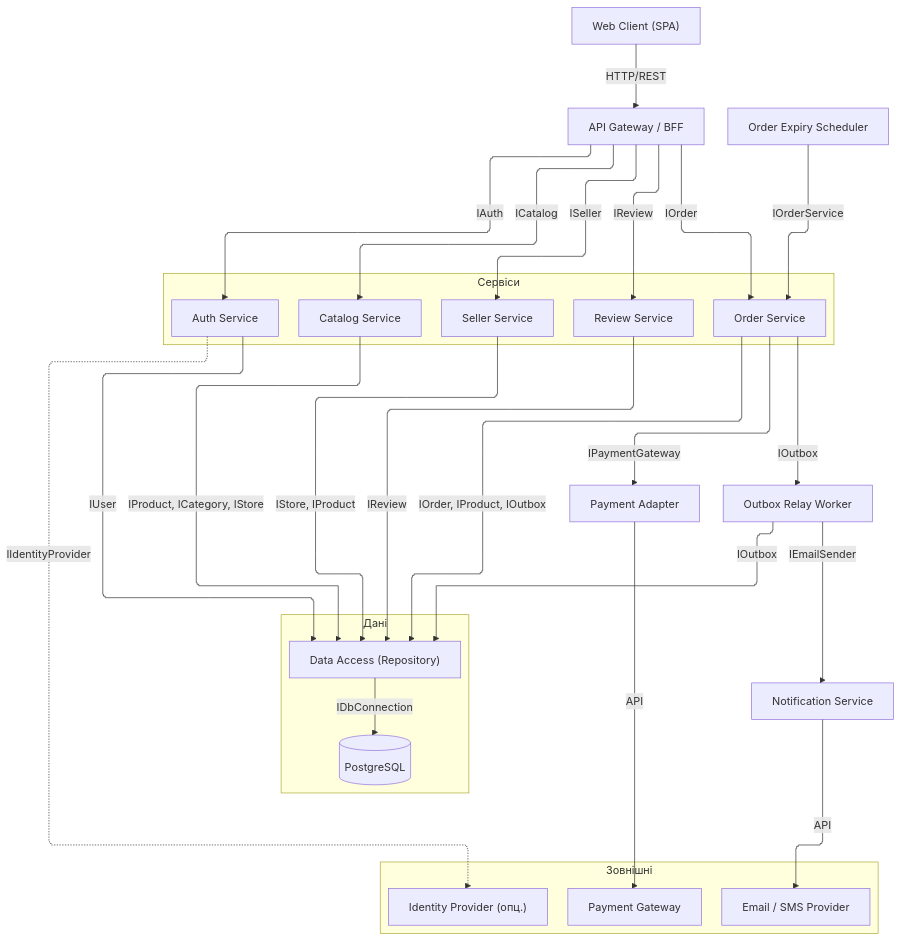
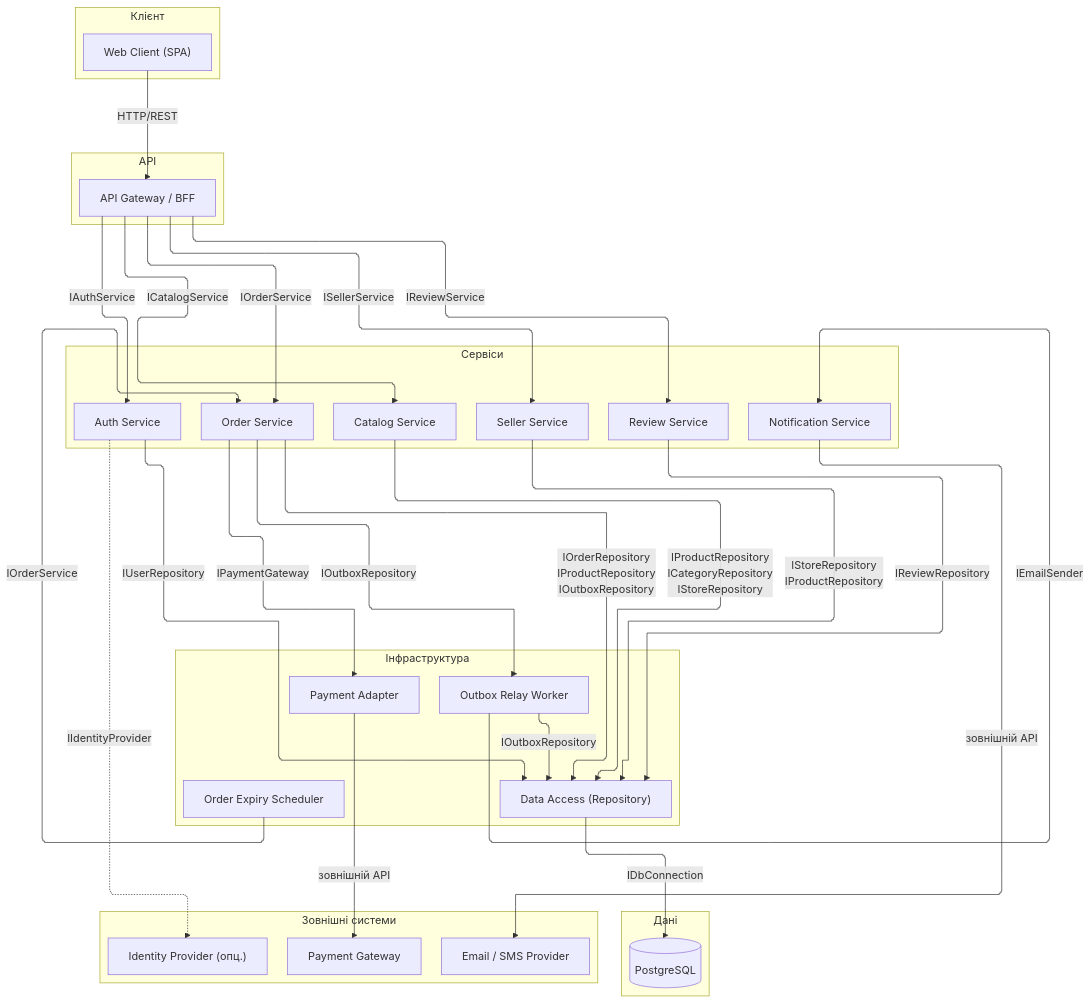
The diagram in task-5/component.md (Stefect/Modeling-and-Analysis-of-Software-Requirements), drawn with Mermaid before and after one commit. The commit also changed other lines of this file, not shown here.

Commit message:
refactor: БД окремим підграфом, повні мітки інтерфейсів з <br>

````diff
--- a/task-5/component.md
+++ b/task-5/component.md
@@ -9,59 +9,78 @@
 ```mermaid
-%%{init: {"flowchart": {"defaultRenderer": "elk", "curve": "step", "nodeSpacing": 40, "rankSpacing": 50}}}%%
+%%{init: {"flowchart": {"defaultRenderer": "elk", "curve": "step", "nodeSpacing": 40, "rankSpacing": 60}}}%%
 flowchart TB
-    %% --- Клієнт та API ---
-    WebClient["Web Client (SPA)"] -->|HTTP/REST| Gateway["API Gateway / BFF"]
+    %% --- Клієнт ---
+    subgraph Client["Клієнт"]
+        WebClient["Web Client (SPA)"]
+    end
 
-    %% --- Центральна бізнес-логіка (Сервіси) ---
-    subgraph Сервіси
+    %% --- API ---
+    subgraph API["API"]
+        Gateway["API Gateway / BFF"]
+    end
+
+    %% --- Прикладні сервіси ---
+    subgraph Services["Сервіси"]
         AuthService["Auth Service"]
         CatalogService["Catalog Service"]
         SellerService["Seller Service"]
         OrderService["Order Service"]
         ReviewService["Review Service"]
+        NotificationService["Notification Service"]
     end
 
-    Gateway -->|IAuth| AuthService
-    Gateway -->|ICatalog| CatalogService
-    Gateway -->|ISeller| SellerService
-    Gateway -->|IOrder| OrderService
-    Gateway -->|IReview| ReviewService
+    %% --- Інфраструктура ---
+    subgraph Infra["Інфраструктура"]
+        PaymentAdapter["Payment Adapter"]
+        OutboxRelay["Outbox Relay Worker"]
+        ExpiryScheduler["Order Expiry Scheduler"]
+        DataAccess["Data Access (Repository)"]
+    end
 
-    %% --- Рівень Даних (DAL та БД в одному блоці для прямоти ліній) ---
-    subgraph Дані
-        DataAccess["Data Access (Repository)"]
+    %% --- Дані ---
+    subgraph Data["Дані"]
         Database[("PostgreSQL")]
     end
-    DataAccess -->|IDbConnection| Database
-
-    %% --- Прямі зв'язки від Сервісів до Бази (тепер йдуть строго вниз) ---
-    AuthService -->|IUser| DataAccess
-    CatalogService -->|IProduct, ICategory, IStore| DataAccess
-    SellerService -->|IStore, IProduct| DataAccess
-    OrderService -->|IOrder, IProduct, IOutbox| DataAccess
-    ReviewService -->|IReview| DataAccess
-
-    %% --- Фонові процеси та Адаптери (БЕЗ обгортки-стіни) ---
-    ExpiryScheduler["Order Expiry Scheduler"]
-    PaymentAdapter["Payment Adapter"]
-    OutboxRelay["Outbox Relay Worker"]
-    NotificationService["Notification Service"]
-
-    %% --- Зв'язки воркерів ---
-    ExpiryScheduler -->|IOrderService| OrderService
-    OrderService -->|IPaymentGateway| PaymentAdapter
-    OrderService -->|IOutbox| OutboxRelay
-    OutboxRelay -->|IEmailSender| NotificationService
-    OutboxRelay -->|IOutbox| DataAccess
 
     %% --- Зовнішні системи ---
-    subgraph Зовнішні
+    subgraph External["Зовнішні системи"]
         IdentityProvider["Identity Provider (опц.)"]
         PaymentGateway["Payment Gateway"]
         EmailProvider["Email / SMS Provider"]
     end
 
+    %% --- Зв'язки Клієнт -> API ---
+    WebClient -->|HTTP/REST| Gateway
+
+    %% --- Зв'язки API -> Сервіси ---
+    Gateway -->|IAuthService| AuthService
+    Gateway -->|ICatalogService| CatalogService
+    Gateway -->|IOrderService| OrderService
+    Gateway -->|ISellerService| SellerService
+    Gateway -->|IReviewService| ReviewService
+
+    %% --- Зв'язки Сервісів ---
+    AuthService -->|IUserRepository| DataAccess
     AuthService -.->|IIdentityProvider| IdentityProvider
-    PaymentAdapter -->|API| PaymentGateway
-    NotificationService -->|API| EmailProvider
+
+    CatalogService -->|IProductRepository<br>ICategoryRepository<br>IStoreRepository| DataAccess
+    SellerService -->|IStoreRepository<br>IProductRepository| DataAccess
+
+    OrderService -->|IOrderRepository<br>IProductRepository<br>IOutboxRepository| DataAccess
+    OrderService -->|IPaymentGateway| PaymentAdapter
+    OrderService -->|IOutboxRepository| OutboxRelay
+
+    ReviewService -->|IReviewRepository| DataAccess
+
+    %% --- Зв'язки Інфраструктури ---
+    OutboxRelay -->|IOutboxRepository| DataAccess
+    OutboxRelay -->|IEmailSender| NotificationService
+
+    ExpiryScheduler -->|IOrderService| OrderService
+
+    PaymentAdapter -->|зовнішній API| PaymentGateway
+    NotificationService -->|зовнішній API| EmailProvider
+
+    %% --- БД ---
+    DataAccess -->|IDbConnection| Database
 ```
````
